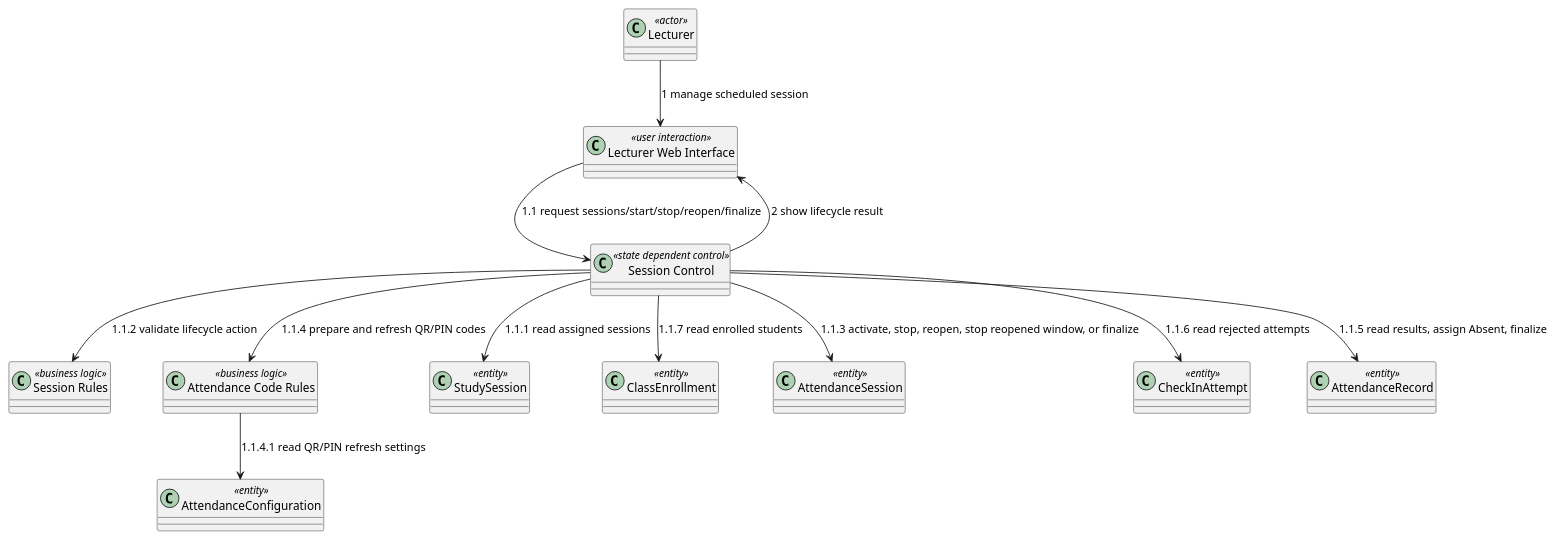
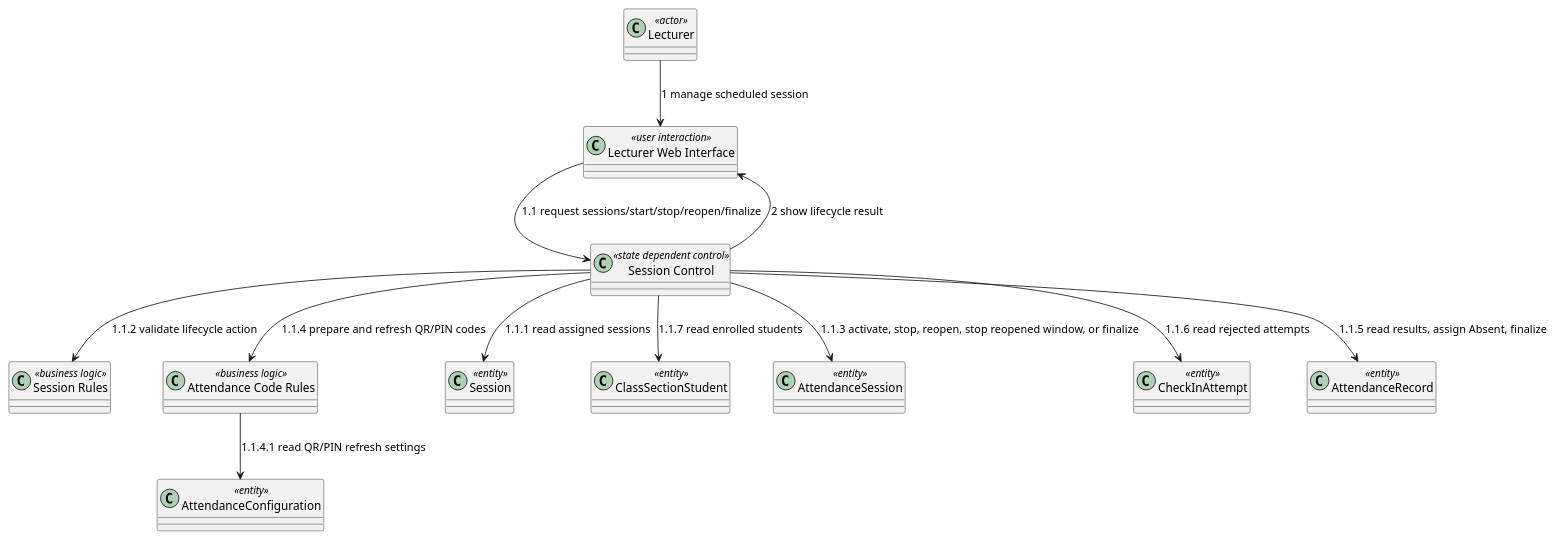
Diagram 16 of 29 in docs/sds/2_Analysis.md (nttung42/SWD392), drawn with PlantUML before and after one commit. The commit also changed other lines of this file and 2 other files, not shown here.

````diff
--- a/docs/sds/2_Analysis.md
+++ b/docs/sds/2_Analysis.md
@@ -916,27 +924,27 @@
 ```plantuml
 @startuml
 class "Lecturer" as Lecturer <<actor>>
 class "Lecturer Web Interface" as LecturerUI <<user interaction>>
 class "Session Control" as SessionControl <<state dependent control>>
 class "Session Rules" as SessionRules <<business logic>>
 class "Attendance Code Rules" as CodeRules <<business logic>>
 class "AttendanceConfiguration" as AttendanceConfig <<entity>>
-class "StudySession" as StudySession <<entity>>
-class "ClassEnrollment" as ClassEnrollment <<entity>>
+class "Session" as Session <<entity>>
+class "ClassSectionStudent" as ClassSectionStudent <<entity>>
 class "AttendanceSession" as AttendanceSession <<entity>>
 class "CheckInAttempt" as CheckInAttempt <<entity>>
 class "AttendanceRecord" as AttendanceRecord <<entity>>
 
 Lecturer --> LecturerUI : 1 manage scheduled session
 LecturerUI --> SessionControl : 1.1 request sessions/start/stop/reopen/finalize
-SessionControl --> StudySession : 1.1.1 read assigned sessions
+SessionControl --> Session : 1.1.1 read assigned sessions
 SessionControl --> SessionRules : 1.1.2 validate lifecycle action
 SessionControl --> AttendanceSession : 1.1.3 activate, stop, reopen, stop reopened window, or finalize
 SessionControl --> CodeRules : 1.1.4 prepare and refresh QR/PIN codes
 CodeRules --> AttendanceConfig : 1.1.4.1 read QR/PIN refresh settings
 SessionControl --> AttendanceRecord : 1.1.5 read results, assign Absent, finalize
 SessionControl --> CheckInAttempt : 1.1.6 read rejected attempts
-SessionControl --> ClassEnrollment : 1.1.7 read enrolled students
+SessionControl --> ClassSectionStudent : 1.1.7 read enrolled students
 SessionControl --> LecturerUI : 2 show lifecycle result
 @enduml
 ```
````
